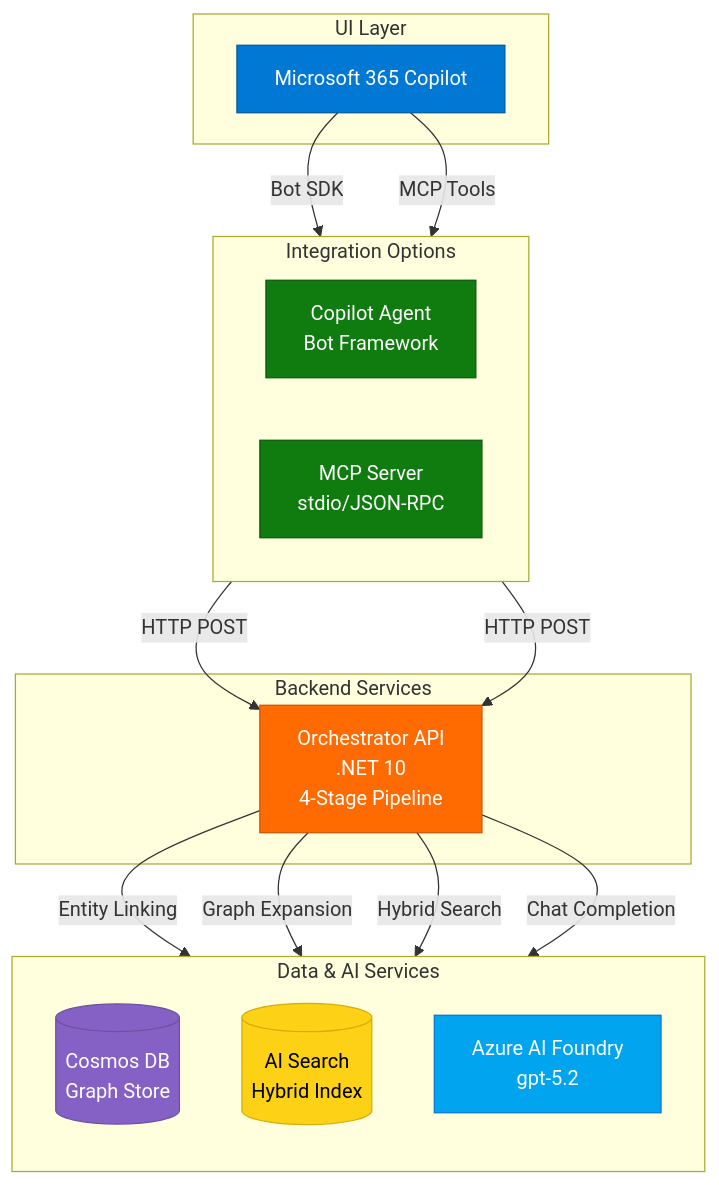
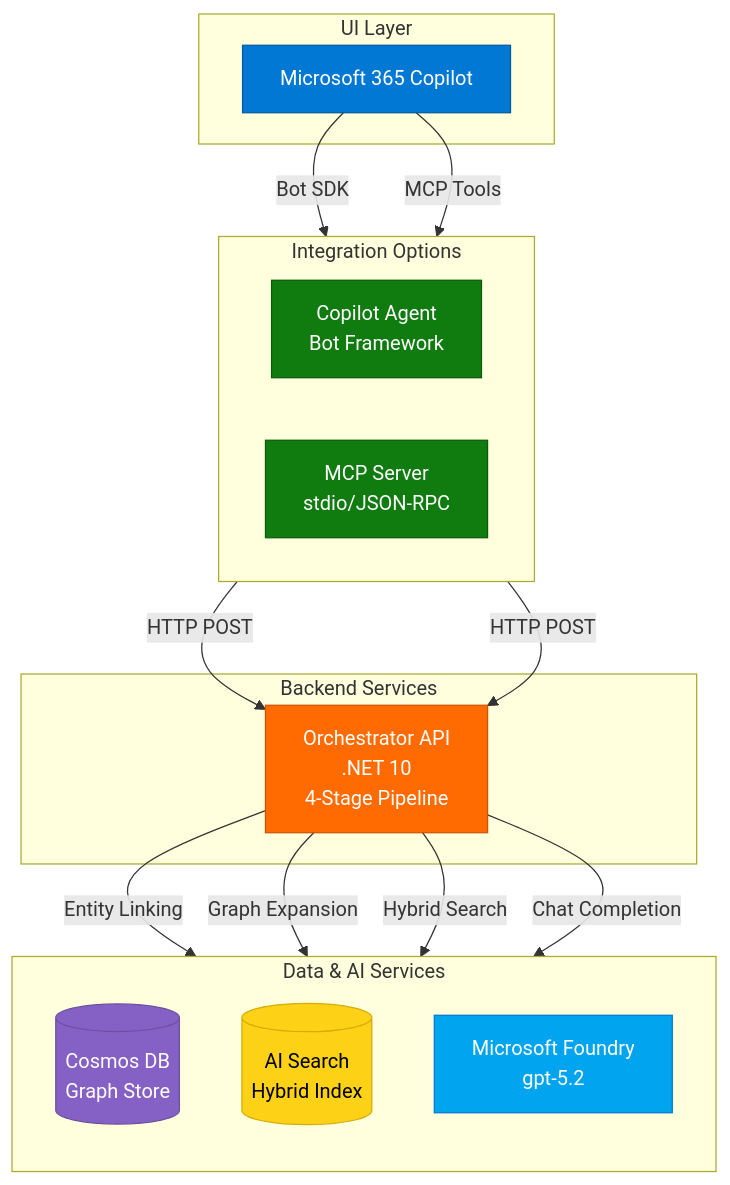
Before and after one commit to sujithq/microsoft-copilot-demo: the diagram in QUICKSTART.md, drawn with Mermaid. The commit also changed other lines of this file and 12 other files, not shown here.

Commit message:
Rebrand to Microsoft Foundry with hub-project architecture and az cli provisioning

````diff
--- a/QUICKSTART.md
+++ b/QUICKSTART.md
@@ -258,41 +259,41 @@
 ```mermaid
 flowchart TB
     subgraph ui[" UI Layer "]
         copilot[Microsoft 365 Copilot]
     end
     
     subgraph integration[" Integration Options "]
         direction LR
         agent[Copilot Agent<br/>Bot Framework]
         mcp[MCP Server<br/>stdio/JSON-RPC]
     end
     
     subgraph backend[" Backend Services "]
         orch[Orchestrator API<br/>.NET 10<br/>4-Stage Pipeline]
     end
     
     subgraph data[" Data & AI Services "]
         direction TB
         cosmos[(Cosmos DB<br/>Graph Store)]
         search[(AI Search<br/>Hybrid Index)]
-        openai[Azure AI Foundry<br/>gpt-5.2]
+        openai[Microsoft Foundry<br/>gpt-5.2]
     end
     
     copilot -->|Bot SDK| agent
     copilot -->|MCP Tools| mcp
     agent -->|HTTP POST| orch
     mcp -->|HTTP POST| orch
     
     orch -->|Entity Linking| cosmos
     orch -->|Graph Expansion| cosmos
     orch -->|Hybrid Search| search
     orch -->|Chat Completion| openai
     
     style copilot fill:#0078d4,stroke:#005a9e,color:#fff
     style agent fill:#107c10,stroke:#0b5a0b,color:#fff
     style mcp fill:#107c10,stroke:#0b5a0b,color:#fff
     style orch fill:#ff6b00,stroke:#cc5500,color:#fff
     style cosmos fill:#8661c5,stroke:#6b4fa0,color:#fff
     style search fill:#fcd116,stroke:#d4ad0a,color:#000
     style openai fill:#00a4ef,stroke:#0078d4,color:#fff
 ```
````
